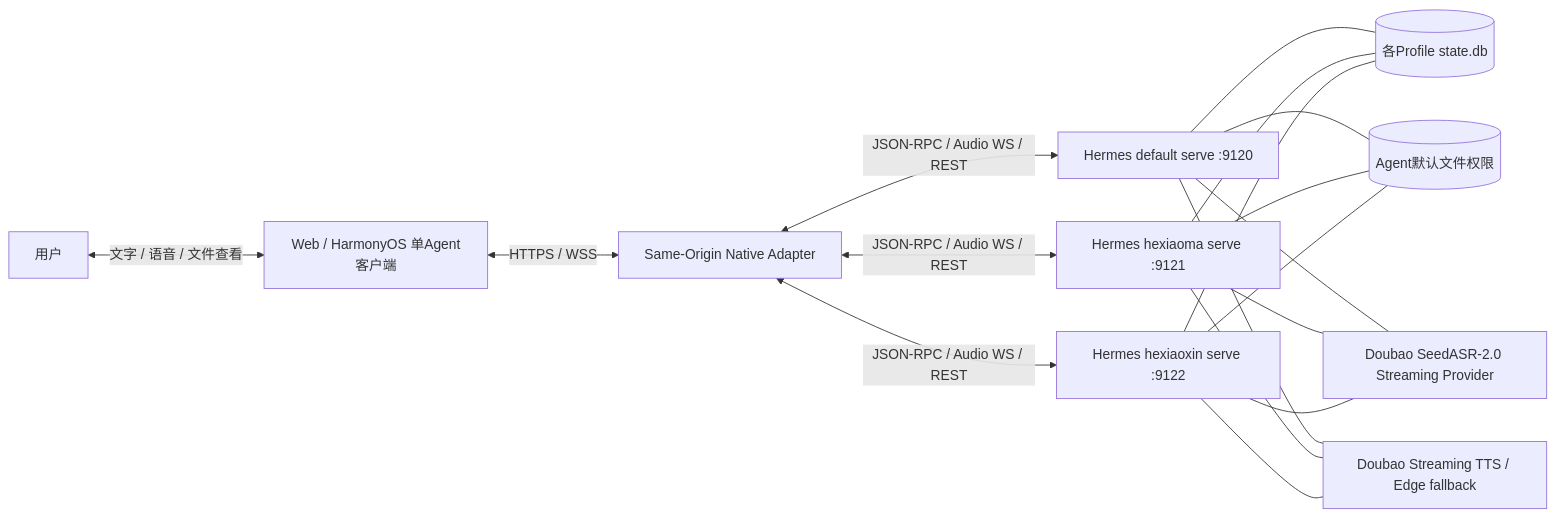
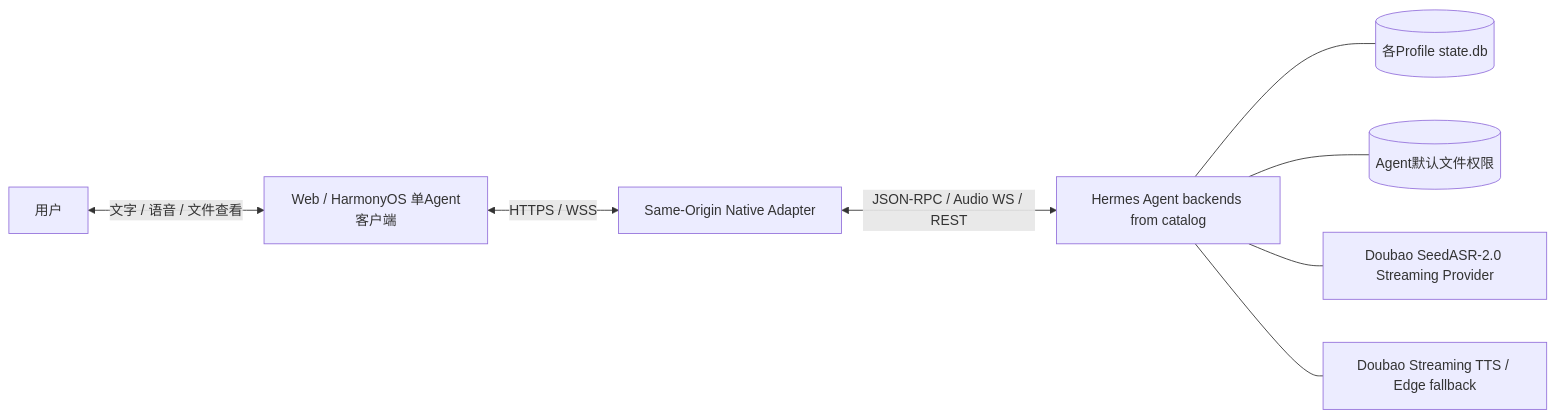
One commit to tdfydfy/daiworld-voice-single-agent changed the first of 4 diagrams in docs/ARCHITECTURE.md. Above: the diagram before and after it, drawn with Mermaid. The commit also changed other lines of this file and 49 other files, not shown here.

````diff
--- a/docs/ARCHITECTURE.md
+++ b/docs/ARCHITECTURE.md
@@ -26,31 +26,19 @@
 ```mermaid
 flowchart LR
     U[用户]
     C[Web / HarmonyOS 单Agent客户端]
     A[Same-Origin Native Adapter]
-    H1[Hermes default serve :9120]
-    H2[Hermes hexiaoma serve :9121]
-    H3[Hermes hexiaoxin serve :9122]
+    H[Hermes Agent backends from catalog]
     DB[(各Profile state.db)]
     FS[(Agent默认文件权限)]
     ASR[Doubao SeedASR-2.0 Streaming Provider]
     TTS[Doubao Streaming TTS / Edge fallback]
 
     U <-->|文字 / 语音 / 文件查看| C
     C <-->|HTTPS / WSS| A
-    A <-->|JSON-RPC / Audio WS / REST| H1
-    A <-->|JSON-RPC / Audio WS / REST| H2
-    A <-->|JSON-RPC / Audio WS / REST| H3
-    H1 --- DB
-    H2 --- DB
-    H3 --- DB
-    H1 --- FS
-    H2 --- FS
-    H3 --- FS
-    H1 --- ASR
-    H2 --- ASR
-    H3 --- ASR
-    H1 --- TTS
-    H2 --- TTS
-    H3 --- TTS
+    A <-->|JSON-RPC / Audio WS / REST| H
+    H --- DB
+    H --- FS
+    H --- ASR
+    H --- TTS
 ```
````
